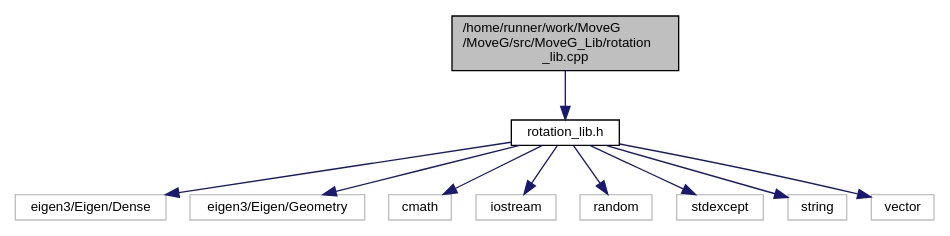
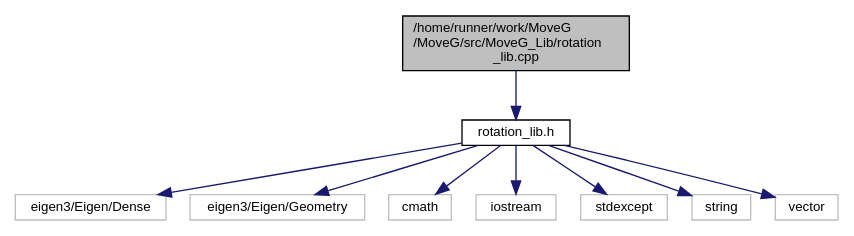
Before and after one commit to GiorgioMedico/MoveG: the diagram in rotation__lib_8cpp__incl.dot, drawn with Graphviz. The commit also changed 46 other files, not shown here.

```diff
--- a/rotation__lib_8cpp__incl.dot
+++ b/rotation__lib_8cpp__incl.dot
@@ -1,25 +1,23 @@
 digraph "/home/runner/work/MoveG/MoveG/src/MoveG_Lib/rotation_lib.cpp"
 {
  // LATEX_PDF_SIZE
   edge [fontname="Helvetica",fontsize="10",labelfontname="Helvetica",labelfontsize="10"];
   node [fontname="Helvetica",fontsize="10",shape=record];
   Node1 [label="/home/runner/work/MoveG\l/MoveG/src/MoveG_Lib/rotation\l_lib.cpp",height=0.2,width=0.4,color="black", fillcolor="grey75", style="filled", fontcolor="black",tooltip="Classe per la rappresentazione e manipolazione di rotazioni in 3D."];
   Node1 -> Node2 [color="midnightblue",fontsize="10",style="solid",fontname="Helvetica"];
   Node2 [label="rotation_lib.h",height=0.2,width=0.4,color="black", fillcolor="white", style="filled",URL="$rotation__lib_8h.html",tooltip="Classe per la rappresentazione e manipolazione di rotazioni in 3D."];
   Node2 -> Node3 [color="midnightblue",fontsize="10",style="solid",fontname="Helvetica"];
   Node3 [label="eigen3/Eigen/Dense",height=0.2,width=0.4,color="grey75", fillcolor="white", style="filled",tooltip=" "];
   Node2 -> Node4 [color="midnightblue",fontsize="10",style="solid",fontname="Helvetica"];
   Node4 [label="eigen3/Eigen/Geometry",height=0.2,width=0.4,color="grey75", fillcolor="white", style="filled",tooltip=" "];
   Node2 -> Node5 [color="midnightblue",fontsize="10",style="solid",fontname="Helvetica"];
   Node5 [label="cmath",height=0.2,width=0.4,color="grey75", fillcolor="white", style="filled",tooltip=" "];
   Node2 -> Node6 [color="midnightblue",fontsize="10",style="solid",fontname="Helvetica"];
   Node6 [label="iostream",height=0.2,width=0.4,color="grey75", fillcolor="white", style="filled",tooltip=" "];
   Node2 -> Node7 [color="midnightblue",fontsize="10",style="solid",fontname="Helvetica"];
-  Node7 [label="random",height=0.2,width=0.4,color="grey75", fillcolor="white", style="filled",tooltip=" "];
+  Node7 [label="stdexcept",height=0.2,width=0.4,color="grey75", fillcolor="white", style="filled",tooltip=" "];
   Node2 -> Node8 [color="midnightblue",fontsize="10",style="solid",fontname="Helvetica"];
-  Node8 [label="stdexcept",height=0.2,width=0.4,color="grey75", fillcolor="white", style="filled",tooltip=" "];
+  Node8 [label="string",height=0.2,width=0.4,color="grey75", fillcolor="white", style="filled",tooltip=" "];
   Node2 -> Node9 [color="midnightblue",fontsize="10",style="solid",fontname="Helvetica"];
-  Node9 [label="string",height=0.2,width=0.4,color="grey75", fillcolor="white", style="filled",tooltip=" "];
-  Node2 -> Node10 [color="midnightblue",fontsize="10",style="solid",fontname="Helvetica"];
-  Node10 [label="vector",height=0.2,width=0.4,color="grey75", fillcolor="white", style="filled",tooltip=" "];
+  Node9 [label="vector",height=0.2,width=0.4,color="grey75", fillcolor="white", style="filled",tooltip=" "];
 }
```
